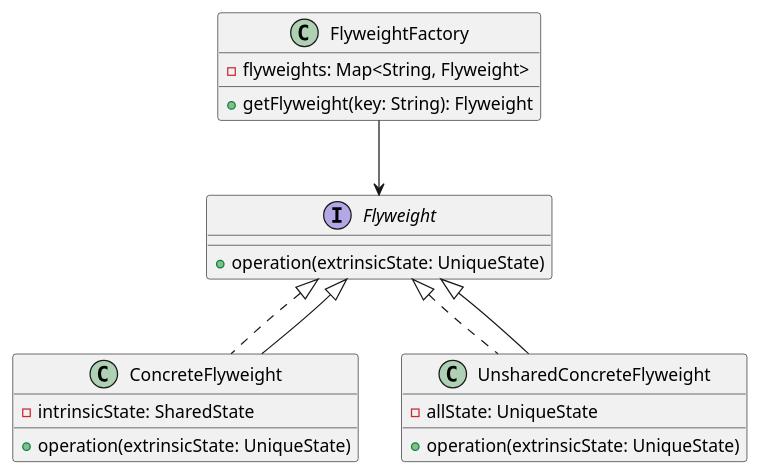
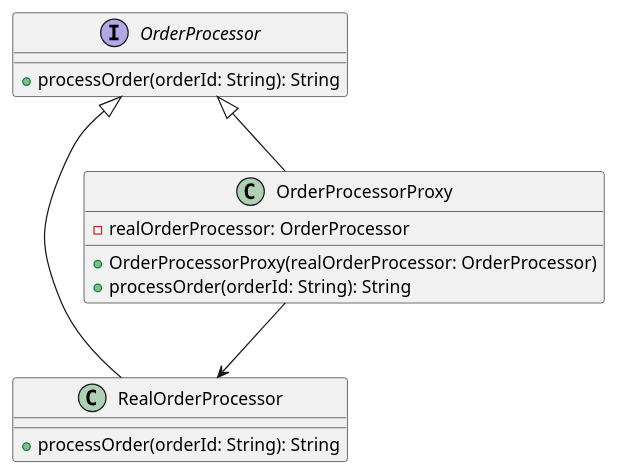
Before and after one commit to andrewovchinnikov/design-patterns: the diagram in klassifikaciya-patternov/structural-patterns/zamestitel-proxy/primery/obrabotka-oshibok-i-povtornye-popytki/php.md, drawn with PlantUML. The commit also changed other lines of this file and 70 other files, not shown here.

````diff
--- a/klassifikaciya-patternov/structural-patterns/zamestitel-proxy/primery/obrabotka-oshibok-i-povtornye-popytki/php.md
+++ b/klassifikaciya-patternov/structural-patterns/zamestitel-proxy/primery/obrabotka-oshibok-i-povtornye-popytki/php.md
@@ -14,26 +93,21 @@
 ```plantuml
 @startuml
-interface Flyweight {
-    +operation(extrinsicState: UniqueState)
+interface OrderProcessor {
+    +processOrder(orderId: String): String
 }
 
-class ConcreteFlyweight implements Flyweight {
-    -intrinsicState: SharedState
-    +operation(extrinsicState: UniqueState)
+class RealOrderProcessor {
+    +processOrder(orderId: String): String
 }
 
-class UnsharedConcreteFlyweight implements Flyweight {
-    -allState: UniqueState
-    +operation(extrinsicState: UniqueState)
+class OrderProcessorProxy {
+    -realOrderProcessor: OrderProcessor
+    +OrderProcessorProxy(realOrderProcessor: OrderProcessor)
+    +processOrder(orderId: String): String
 }
 
-class FlyweightFactory {
-    -flyweights: Map<String, Flyweight>
-    +getFlyweight(key: String): Flyweight
-}
-
-Flyweight <|-- ConcreteFlyweight
-Flyweight <|-- UnsharedConcreteFlyweight
-FlyweightFactory --> Flyweight
+OrderProcessor <|-- RealOrderProcessor
+OrderProcessor <|-- OrderProcessorProxy
+OrderProcessorProxy --> RealOrderProcessor
 @enduml
 ```
````
